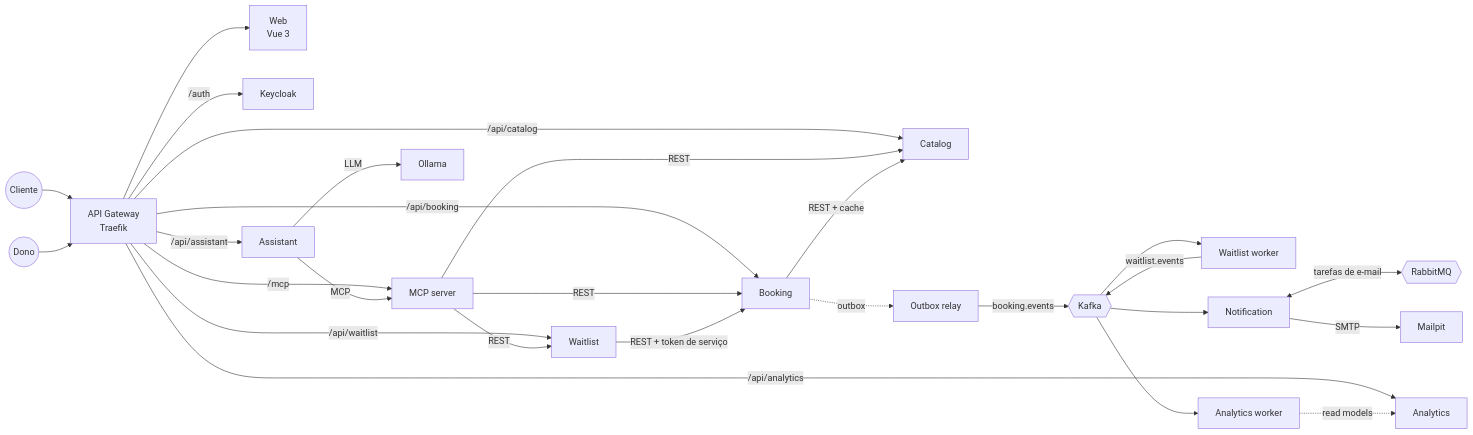
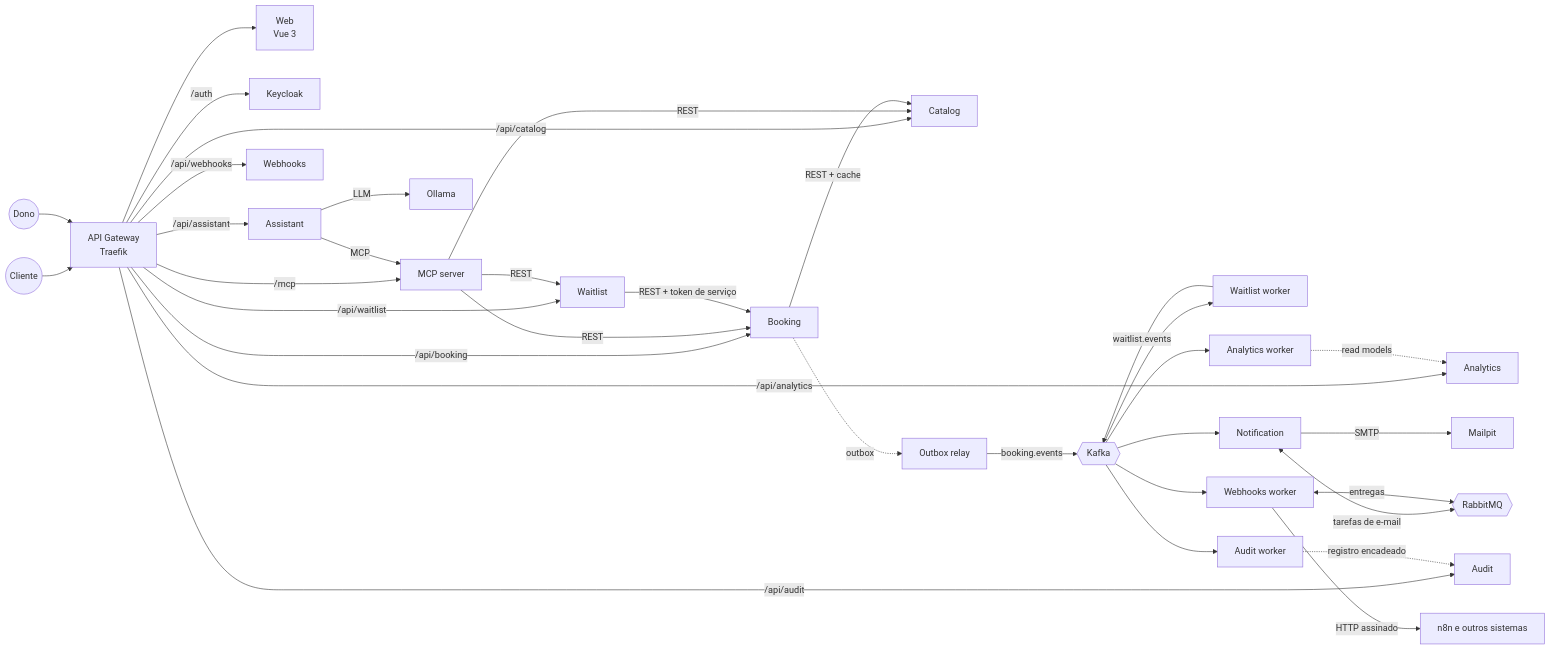
One commit to dev-matheusfranca/VagaCerta changed the first of 3 diagrams in README.md. Above: the diagram before and after it, drawn with Mermaid. The commit also changed other lines of this file and 5 other files, not shown here.

Commit message:
docs: document the audit trail, the webhooks and what was left out of scope

````diff
--- a/README.md
+++ b/README.md
@@ -131,27 +144,34 @@
 ```mermaid
 flowchart LR
     client((Cliente)) --> gateway
     owner((Dono)) --> gateway
     gateway["API Gateway<br/>Traefik"] --> web["Web<br/>Vue 3"]
     gateway -->|/auth| keycloak["Keycloak"]
     gateway -->|/api/catalog| catalog["Catalog"]
     gateway -->|/api/booking| booking["Booking"]
     gateway -->|/api/waitlist| waitlist["Waitlist"]
     gateway -->|/api/analytics| analytics["Analytics"]
     gateway -->|/api/assistant| assistant["Assistant"]
     gateway -->|/mcp| mcp["MCP server"]
+    gateway -->|/api/audit| audit["Audit"]
+    gateway -->|/api/webhooks| webhooks["Webhooks"]
     assistant -->|MCP| mcp
     assistant -->|LLM| ollama["Ollama"]
     mcp -->|REST| catalog & booking & waitlist
     booking -->|REST + cache| catalog
     waitlist -->|"REST + token de serviço"| booking
     booking -.->|outbox| relay["Outbox relay"]
     relay -->|booking.events| kafka{{Kafka}}
     kafka --> worker["Waitlist worker"]
     worker -->|waitlist.events| kafka
     kafka --> notification["Notification"]
     kafka --> projector["Analytics worker"]
     projector -.->|read models| analytics
     notification <-->|tarefas de e-mail| rabbitmq{{RabbitMQ}}
     notification -->|SMTP| mailpit["Mailpit"]
+    kafka --> auditor["Audit worker"]
+    auditor -.->|registro encadeado| audit
+    kafka --> dispatcher["Webhooks worker"]
+    dispatcher <-->|entregas| rabbitmq
+    dispatcher -->|HTTP assinado| n8n["n8n e outros sistemas"]
 ```
````
